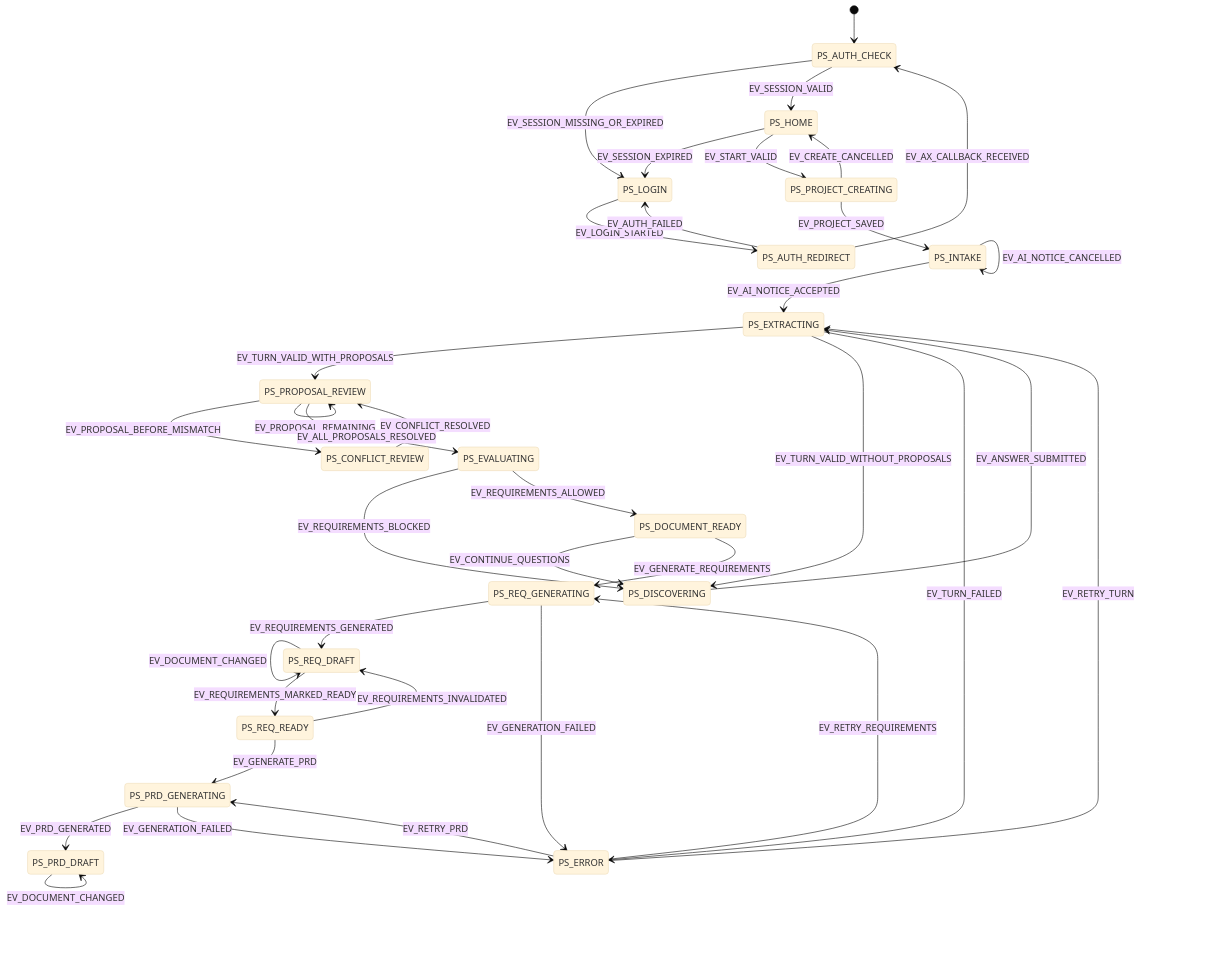
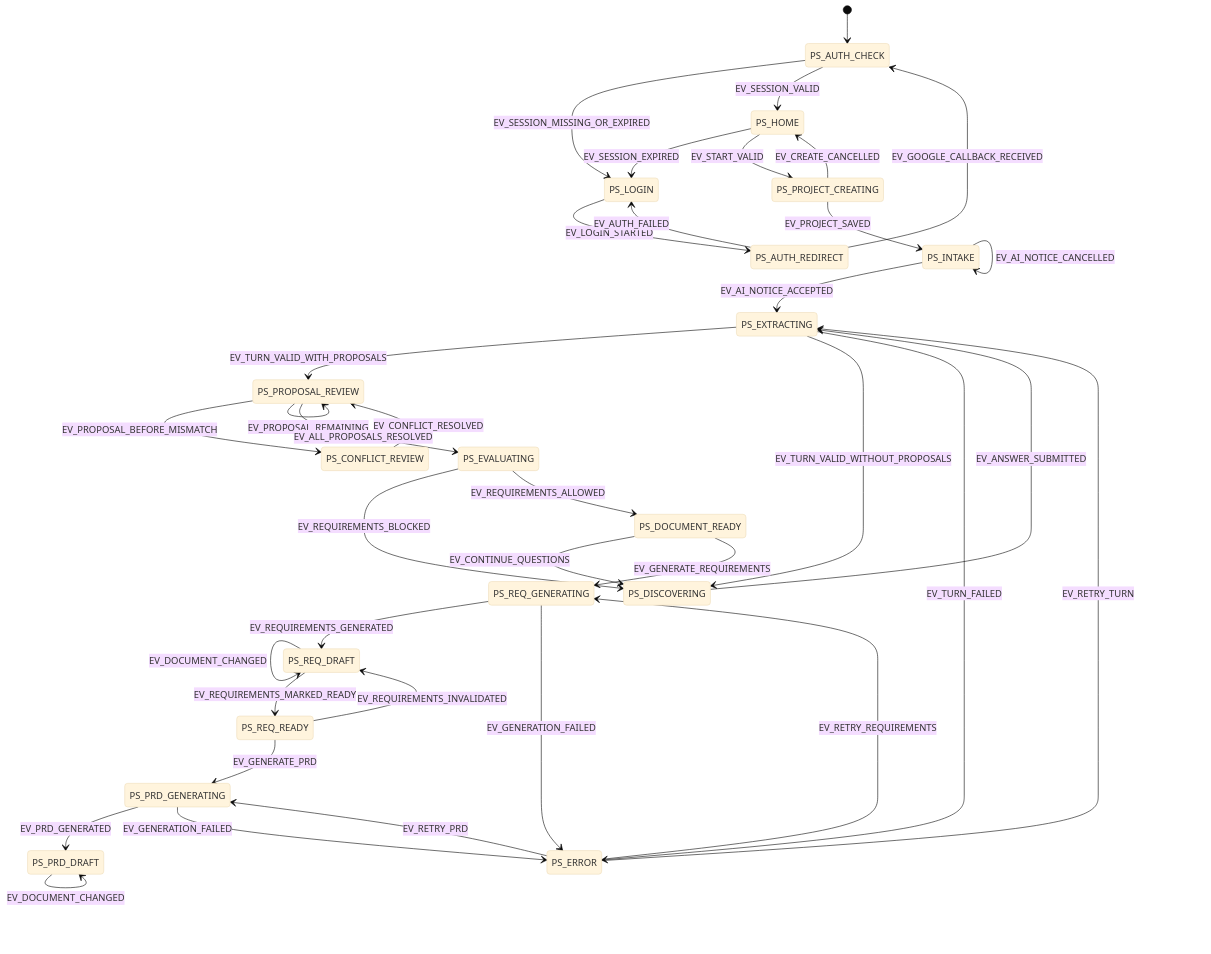
Before and after one commit to donghyunlee-dev/ai-agent-blueprint: the diagram in docs/process/02-state-machine.md, drawn with Mermaid (base theme). The commit also changed other lines of this file and 42 other files, not shown here.

````diff
--- a/docs/process/02-state-machine.md
+++ b/docs/process/02-state-machine.md
@@ -5,39 +5,39 @@
 ```mermaid
 stateDiagram-v2
     [*] --> PS_AUTH_CHECK
     PS_AUTH_CHECK --> PS_LOGIN: EV_SESSION_MISSING_OR_EXPIRED
     PS_AUTH_CHECK --> PS_HOME: EV_SESSION_VALID
     PS_LOGIN --> PS_AUTH_REDIRECT: EV_LOGIN_STARTED
-    PS_AUTH_REDIRECT --> PS_AUTH_CHECK: EV_AX_CALLBACK_RECEIVED
+    PS_AUTH_REDIRECT --> PS_AUTH_CHECK: EV_GOOGLE_CALLBACK_RECEIVED
     PS_AUTH_REDIRECT --> PS_LOGIN: EV_AUTH_FAILED
     PS_HOME --> PS_LOGIN: EV_SESSION_EXPIRED
     PS_HOME --> PS_PROJECT_CREATING: EV_START_VALID
     PS_PROJECT_CREATING --> PS_INTAKE: EV_PROJECT_SAVED
     PS_PROJECT_CREATING --> PS_HOME: EV_CREATE_CANCELLED
     PS_INTAKE --> PS_EXTRACTING: EV_AI_NOTICE_ACCEPTED
     PS_INTAKE --> PS_INTAKE: EV_AI_NOTICE_CANCELLED
     PS_EXTRACTING --> PS_PROPOSAL_REVIEW: EV_TURN_VALID_WITH_PROPOSALS
     PS_EXTRACTING --> PS_DISCOVERING: EV_TURN_VALID_WITHOUT_PROPOSALS
     PS_EXTRACTING --> PS_ERROR: EV_TURN_FAILED
     PS_PROPOSAL_REVIEW --> PS_CONFLICT_REVIEW: EV_PROPOSAL_BEFORE_MISMATCH
     PS_CONFLICT_REVIEW --> PS_PROPOSAL_REVIEW: EV_CONFLICT_RESOLVED
     PS_PROPOSAL_REVIEW --> PS_PROPOSAL_REVIEW: EV_PROPOSAL_REMAINING
     PS_PROPOSAL_REVIEW --> PS_EVALUATING: EV_ALL_PROPOSALS_RESOLVED
     PS_DISCOVERING --> PS_EXTRACTING: EV_ANSWER_SUBMITTED
     PS_EVALUATING --> PS_DISCOVERING: EV_REQUIREMENTS_BLOCKED
     PS_EVALUATING --> PS_DOCUMENT_READY: EV_REQUIREMENTS_ALLOWED
     PS_DOCUMENT_READY --> PS_DISCOVERING: EV_CONTINUE_QUESTIONS
     PS_DOCUMENT_READY --> PS_REQ_GENERATING: EV_GENERATE_REQUIREMENTS
     PS_REQ_GENERATING --> PS_REQ_DRAFT: EV_REQUIREMENTS_GENERATED
     PS_REQ_GENERATING --> PS_ERROR: EV_GENERATION_FAILED
     PS_REQ_DRAFT --> PS_REQ_DRAFT: EV_DOCUMENT_CHANGED
     PS_REQ_DRAFT --> PS_REQ_READY: EV_REQUIREMENTS_MARKED_READY
     PS_REQ_READY --> PS_PRD_GENERATING: EV_GENERATE_PRD
     PS_REQ_READY --> PS_REQ_DRAFT: EV_REQUIREMENTS_INVALIDATED
     PS_PRD_GENERATING --> PS_PRD_DRAFT: EV_PRD_GENERATED
     PS_PRD_GENERATING --> PS_ERROR: EV_GENERATION_FAILED
     PS_PRD_DRAFT --> PS_PRD_DRAFT: EV_DOCUMENT_CHANGED
     PS_ERROR --> PS_EXTRACTING: EV_RETRY_TURN
     PS_ERROR --> PS_REQ_GENERATING: EV_RETRY_REQUIREMENTS
     PS_ERROR --> PS_PRD_GENERATING: EV_RETRY_PRD
 ```
````
